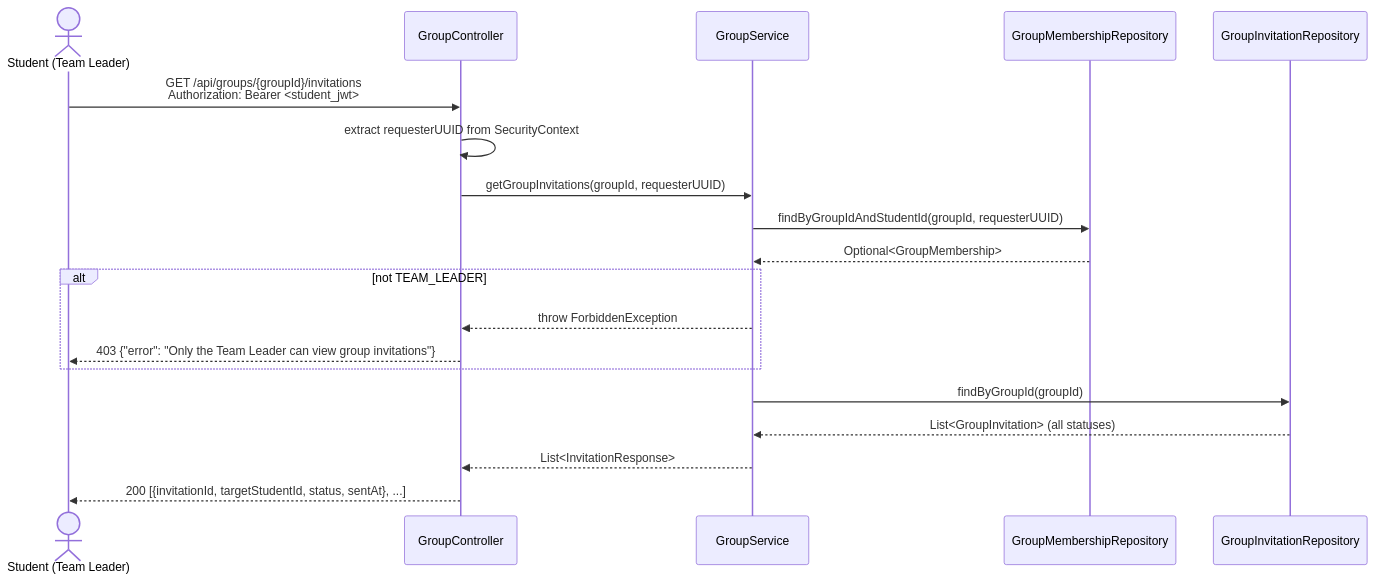
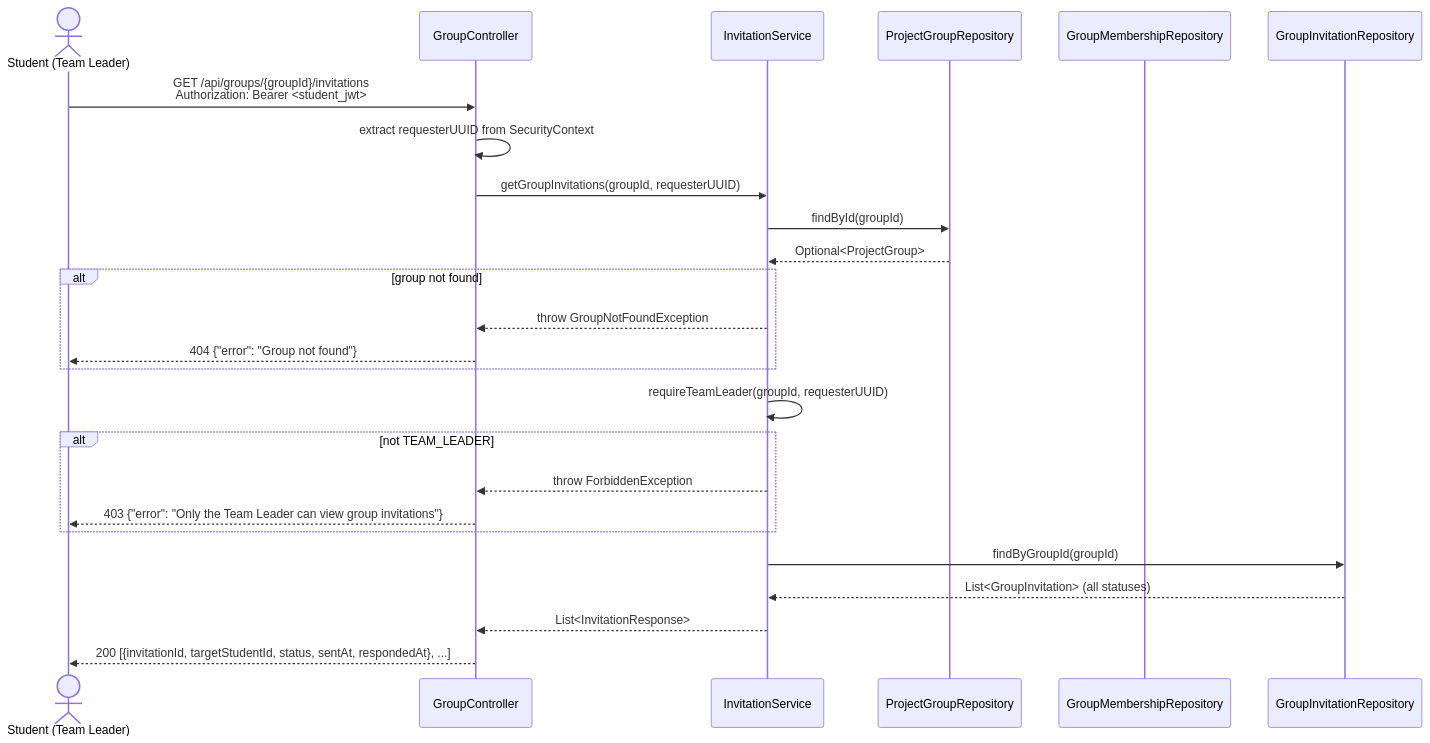
The third of 4 diagrams in docs/process2/sequences/2.2_invitation_send_p2.md (SE3318-Spring-2025-2026/senior-app-6), drawn with Mermaid before and after one commit. The commit also changed other lines of this file and 13 other files, not shown here.

````diff
--- a/docs/process2/sequences/2.2_invitation_send_p2.md
+++ b/docs/process2/sequences/2.2_invitation_send_p2.md
@@ -120,27 +121,35 @@
 ```mermaid
 sequenceDiagram
     actor Student as Student (Team Leader)
     participant GroupController
-    participant GroupService
+    participant InvitationService
+    participant ProjectGroupRepository
     participant GroupMembershipRepository
     participant GroupInvitationRepository
 
     Student->>GroupController: GET /api/groups/{groupId}/invitations<br/>Authorization: Bearer <student_jwt>
 
     GroupController->>GroupController: extract requesterUUID from SecurityContext
-    GroupController->>GroupService: getGroupInvitations(groupId, requesterUUID)
+    GroupController->>InvitationService: getGroupInvitations(groupId, requesterUUID)
 
-    GroupService->>GroupMembershipRepository: findByGroupIdAndStudentId(groupId, requesterUUID)
-    GroupMembershipRepository-->>GroupService: Optional<GroupMembership>
+    InvitationService->>ProjectGroupRepository: findById(groupId)
+    ProjectGroupRepository-->>InvitationService: Optional<ProjectGroup>
+
+    alt group not found
+        InvitationService-->>GroupController: throw GroupNotFoundException
+        GroupController-->>Student: 404 {"error": "Group not found"}
+    end
+
+    InvitationService->>InvitationService: requireTeamLeader(groupId, requesterUUID)
 
     alt not TEAM_LEADER
-        GroupService-->>GroupController: throw ForbiddenException
+        InvitationService-->>GroupController: throw ForbiddenException
         GroupController-->>Student: 403 {"error": "Only the Team Leader can view group invitations"}
     end
 
-    GroupService->>GroupInvitationRepository: findByGroupId(groupId)
-    GroupInvitationRepository-->>GroupService: List<GroupInvitation> (all statuses)
+    InvitationService->>GroupInvitationRepository: findByGroupId(groupId)
+    GroupInvitationRepository-->>InvitationService: List<GroupInvitation> (all statuses)
 
-    GroupService-->>GroupController: List<InvitationResponse>
-    GroupController-->>Student: 200 [{invitationId, targetStudentId, status, sentAt}, ...]
+    InvitationService-->>GroupController: List<InvitationResponse>
+    GroupController-->>Student: 200 [{invitationId, targetStudentId, status, sentAt, respondedAt}, ...]
 ```
````
